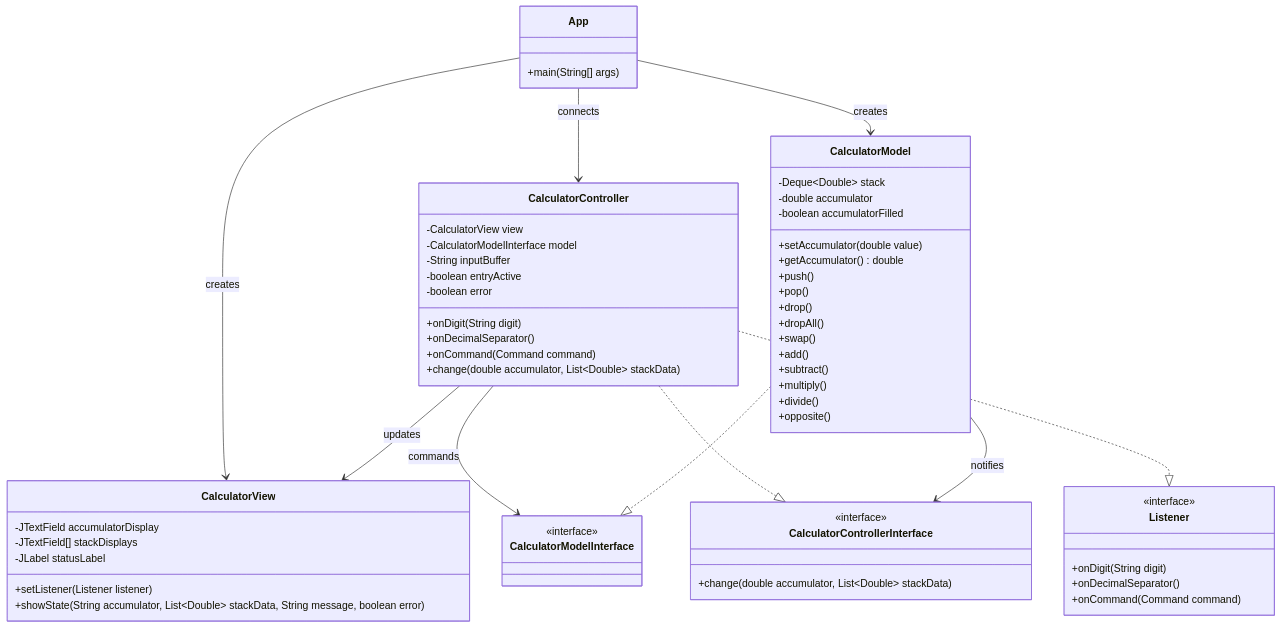
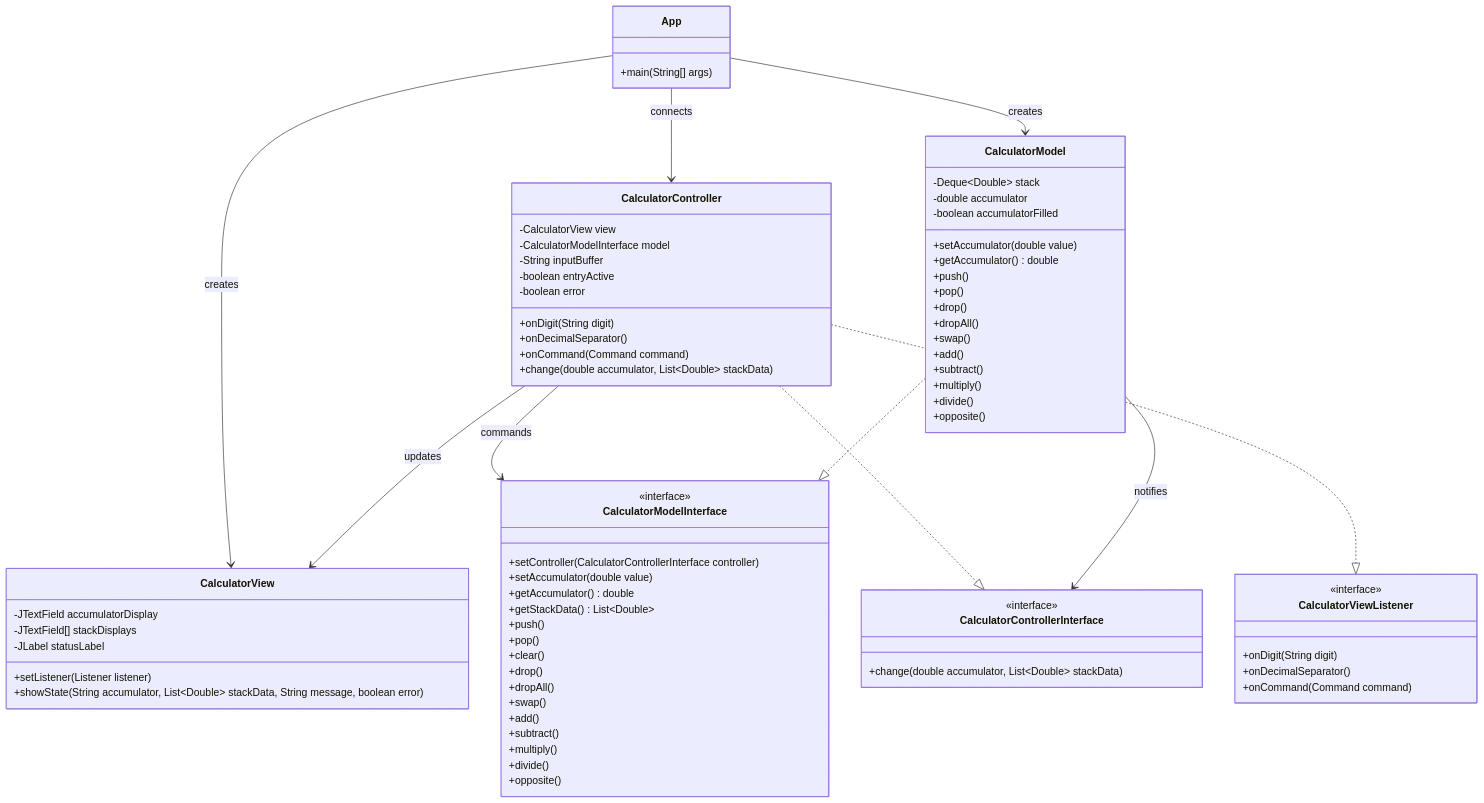
One commit to AndersonStick/Calculatrice changed the third of 6 diagrams in DIAGRAMS.md. Above: the diagram before and after it, drawn with Mermaid. The commit also changed other lines of this file and 1 other file, not shown here.

First line of the commit message:
[FIX] docs: update README and calculator flow diagrams

````diff
--- a/DIAGRAMS.md
+++ b/DIAGRAMS.md
@@ -112,6 +112,21 @@
 
     class CalculatorModelInterface {
         <<interface>>
+        +setController(CalculatorControllerInterface controller)
+        +setAccumulator(double value)
+        +getAccumulator() double
+        +getStackData() List~Double~
+        +push()
+        +pop()
+        +clear()
+        +drop()
+        +dropAll()
+        +swap()
+        +add()
+        +subtract()
+        +multiply()
+        +divide()
+        +opposite()
     }
 
     class CalculatorControllerInterface {
@@ -119,7 +134,7 @@
         +change(double accumulator, List~Double~ stackData)
     }
 
-    class Listener {
+    class CalculatorViewListener {
         <<interface>>
         +onDigit(String digit)
         +onDecimalSeparator()
@@ -133,6 +148,6 @@
     CalculatorController --> CalculatorModelInterface : commands
     CalculatorModel ..|> CalculatorModelInterface
     CalculatorController ..|> CalculatorControllerInterface
-    CalculatorController ..|> Listener
+    CalculatorController ..|> CalculatorViewListener
     CalculatorModel --> CalculatorControllerInterface : notifies
 ```
````
